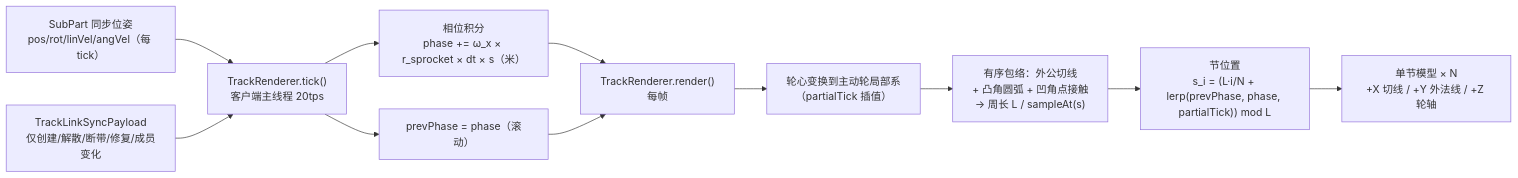
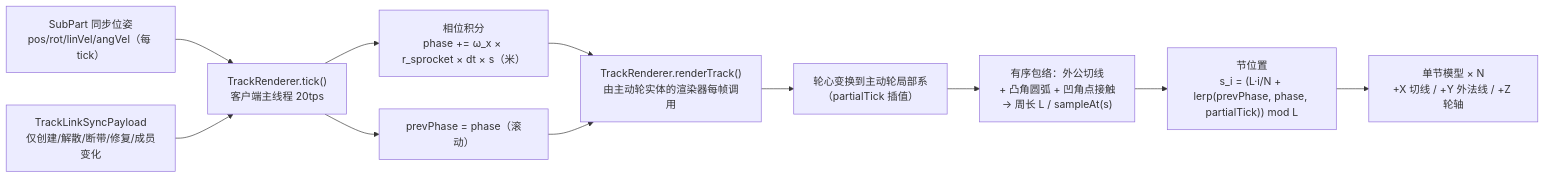
The diagram in docs/plan/进行中/履带系统-物理实现设计文档.md (Sweetzonzi/Machine-Max), drawn with Mermaid before and after one commit. The commit also changed other lines of this file and 60 other files, not shown here.

````diff
--- a/docs/plan/进行中/履带系统-物理实现设计文档.md
+++ b/docs/plan/进行中/履带系统-物理实现设计文档.md
@@ -481,13 +488,13 @@
 ```mermaid
 flowchart LR
     A["SubPart 同步位姿<br>pos/rot/linVel/angVel（每 tick）"] --> B["TrackRenderer.tick()<br>客户端主线程 20tps"]
     C["TrackLinkSyncPayload<br>仅创建/解散/断带/修复/成员变化"] --> B
     B --> D["相位积分<br>phase += ω_x × r_sprocket × dt × s（米）"]
     B --> E["prevPhase = phase（滚动）"]
-    D --> F["TrackRenderer.render()<br>每帧"]
+    D --> F["TrackRenderer.renderTrack()<br>由主动轮实体的渲染器每帧调用"]
     E --> F
     F --> G["轮心变换到主动轮局部系<br>（partialTick 插值）"]
     G --> H["有序包络：外公切线<br>+ 凸角圆弧 + 凹角点接触<br>→ 周长 L / sampleAt(s)"]
     H --> I["节位置<br>s_i = (L·i/N + lerp(prevPhase, phase, partialTick)) mod L"]
     I --> J["单节模型 × N<br>+X 切线 / +Y 外法线 / +Z 轮轴"]
 ```
````
